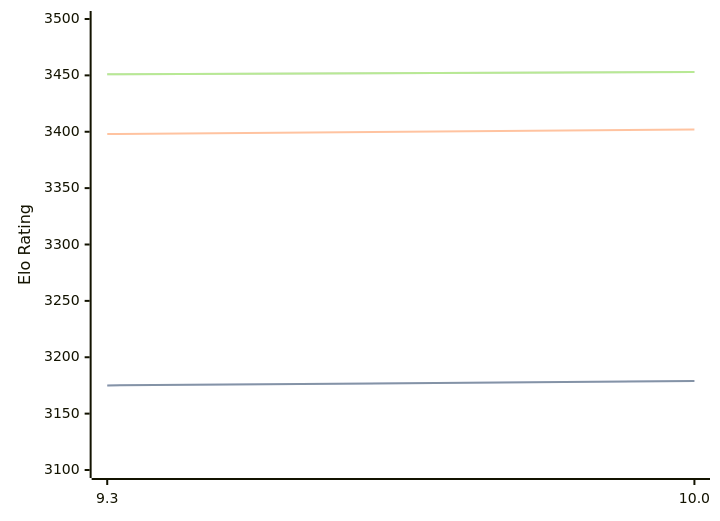
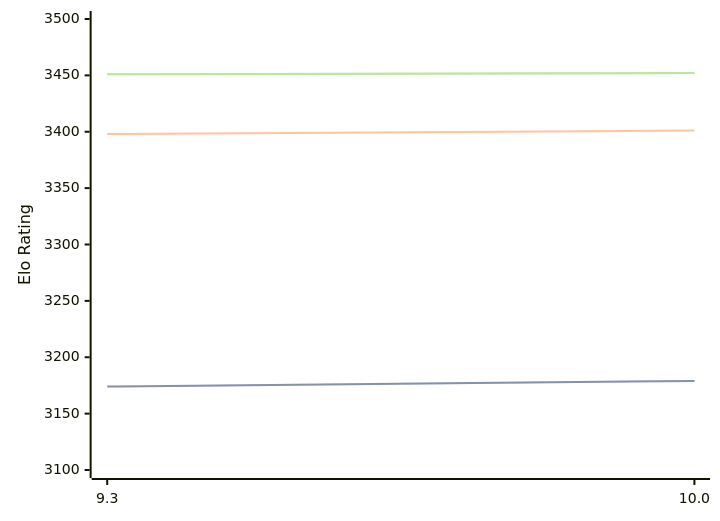
The diagram in engines/Fire.md (computer-chess-index/cci), drawn with Mermaid before and after one commit. The commit also changed other lines of this file, not shown here.

Commit message:
Update CCI Ratings (ELO VLTC) - 2026-03-30

````diff
--- a/engines/Fire.md
+++ b/engines/Fire.md
@@ -47,11 +47,11 @@
 ```mermaid
 %%{init: {"theme":"base","themeVariables":{"seriesColors:['#a3a3a3','#222221','#faa371']}}}%%
 xychart-beta
   x-axis ["9.3", "10.0"]
   y-axis "Elo Rating" 3100 --> 3500
-  line "STC (8.0+0.08s)" [3175, 3179]
-  line "STC (8.0+0.08s)" [3175, 3179]
-  line "LTC (60.0+0.60s)" [3398, 3402]
-  line "VLTC (2m24s+1.12s)" [3451, 3453]
-  line "VLTC (2m24s+1.12s)" [3451, 3453]
+  line "STC (8.0+0.08s)" [3174, 3179]
+  line "STC (8.0+0.08s)" [3174, 3179]
+  line "LTC (60.0+0.60s)" [3398, 3401]
+  line "VLTC (2m24s+1.12s)" [3451, 3452]
+  line "VLTC (2m24s+1.12s)" [3451, 3452]
 ```
````
